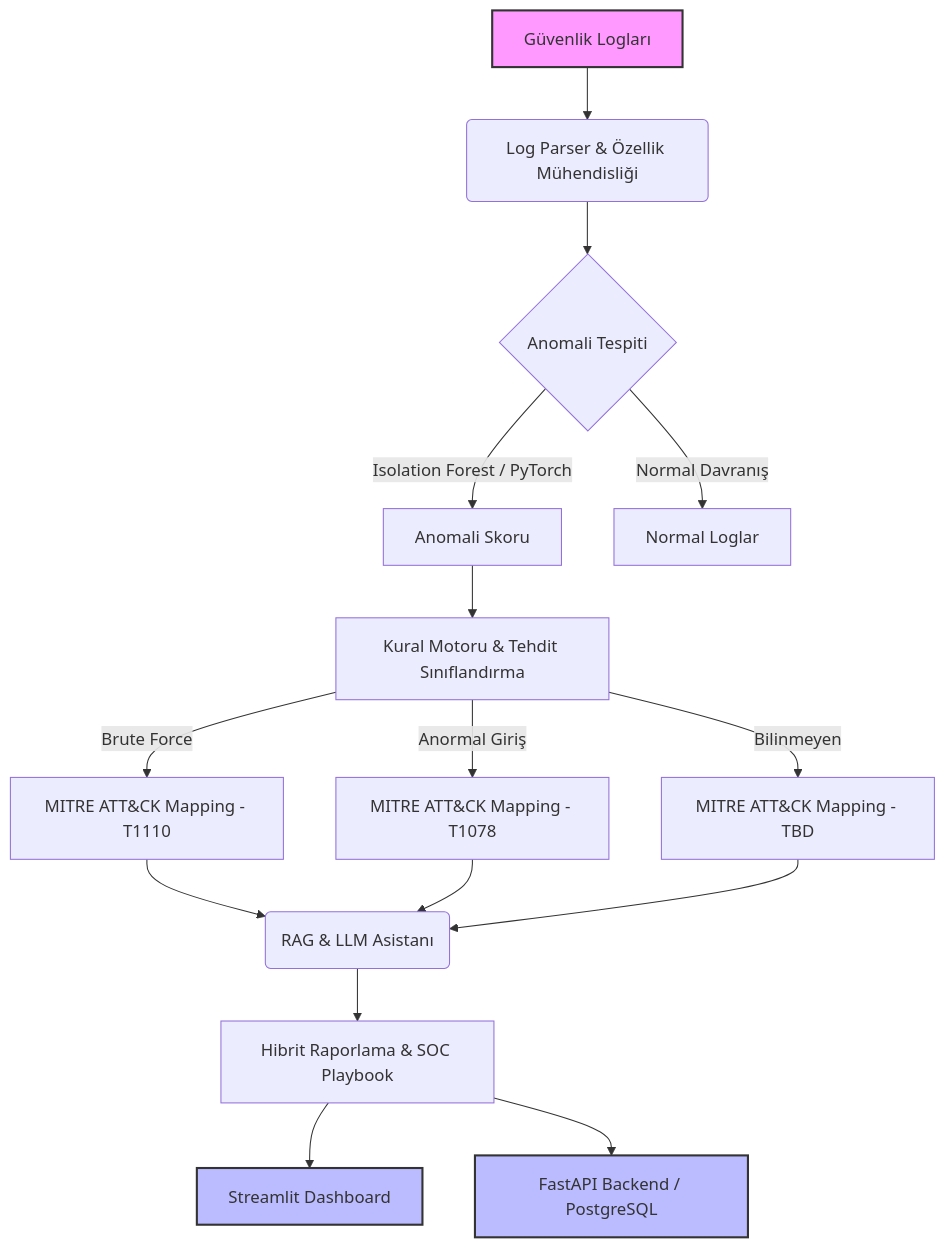
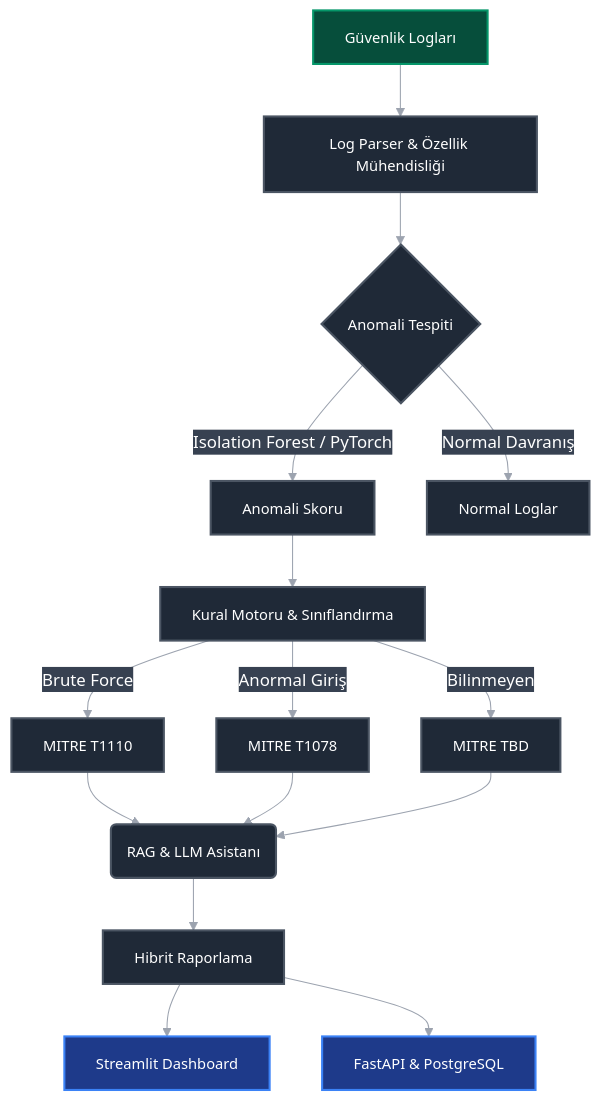
Before and after one commit to almina-nur/SentinelAI: the diagram in README.md, drawn with Mermaid.

````diff
--- a/README.md
+++ b/README.md
@@ -20,25 +20,29 @@
 ```mermaid
+%%{init: {'theme': 'base', 'themeVariables': { 'primaryColor': '#1f2937', 'primaryTextColor': '#ffffff', 'primaryBorderColor': '#4b5563', 'lineColor': '#9ca3af', 'secondaryColor': '#374151', 'tertiaryColor': '#111827'}}}%%
 graph TD
-    A[Güvenlik Logları] --> B(Log Parser & Özellik Mühendisliği)
-    B --> C{Anomali Tespiti}
+    A["Güvenlik Logları"] --> B["Log Parser & Özellik Mühendisliği"]
+    B --> C{"Anomali Tespiti"}
     
-    C -->|Isolation Forest / PyTorch| D[Anomali Skoru]
-    C -->|Normal Davranış| E[Normal Loglar]
+    C -->|Isolation Forest / PyTorch| D["Anomali Skoru"]
+    C -->|Normal Davranış| E["Normal Loglar"]
     
-    D --> F[Kural Motoru & Tehdit Sınıflandırma]
-    F -->|Brute Force| G[MITRE ATT&CK Mapping - T1110]
-    F -->|Anormal Giriş| H[MITRE ATT&CK Mapping - T1078]
-    F -->|Bilinmeyen| I[MITRE ATT&CK Mapping - TBD]
+    D --> F["Kural Motoru & Sınıflandırma"]
+    F -->|Brute Force| G["MITRE T1110"]
+    F -->|Anormal Giriş| H["MITRE T1078"]
+    F -->|Bilinmeyen| I["MITRE TBD"]
     
-    G --> J(RAG & LLM Asistanı)
+    G --> J("RAG & LLM Asistanı")
     H --> J
     I --> J
     
-    J --> K[Hibrit Raporlama & SOC Playbook]
-    K --> L[Streamlit Dashboard]
-    K --> M[FastAPI Backend / PostgreSQL]
+    J --> K["Hibrit Raporlama"]
+    K --> L["Streamlit Dashboard"]
+    K --> M["FastAPI & PostgreSQL"]
     
-    style A fill:#f9f,stroke:#333,stroke-width:2px
-    style L fill:#bbf,stroke:#333,stroke-width:2px
-    style M fill:#bbf,stroke:#333,stroke-width:2px
+    classDef default fill:#1f2937,stroke:#4b5563,stroke-width:2px,color:#ffffff,font-size:14px;
+    classDef input fill:#064e3b,stroke:#059669,stroke-width:2px,color:#ffffff,font-size:14px;
+    classDef output fill:#1e3a8a,stroke:#3b82f6,stroke-width:2px,color:#ffffff,font-size:14px;
+    
+    class A input;
+    class L,M output;
 ```
````
